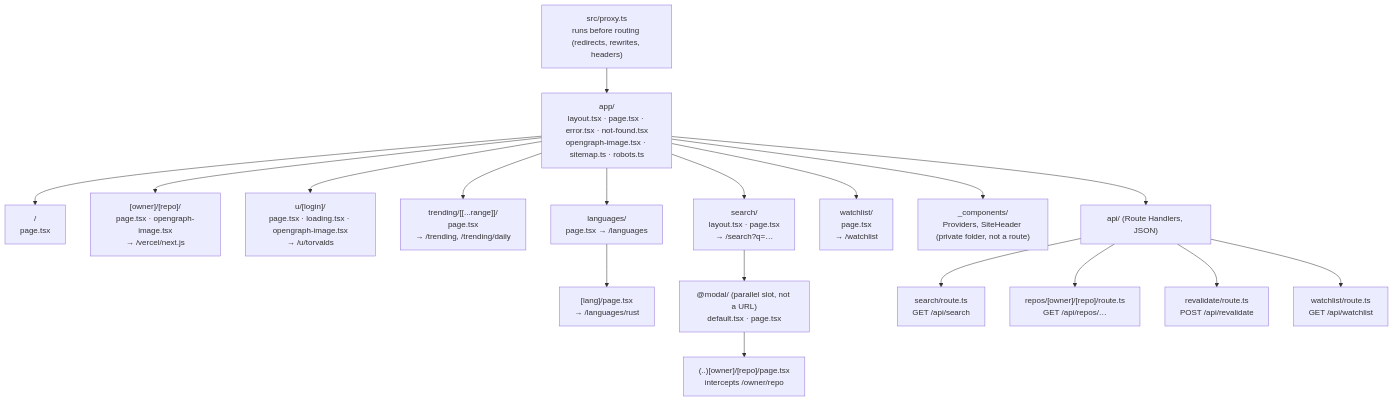
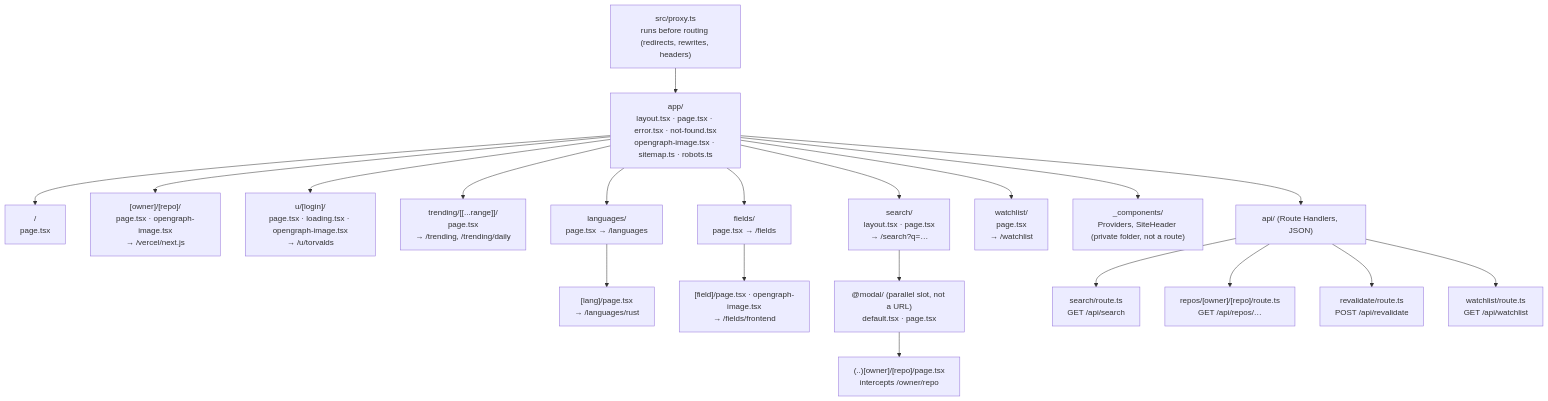
The third of 18 diagrams in docs/ARCHITECTURE.md (tarnishedMind/RepoRadar), drawn with Mermaid before and after one commit. The commit also changed other lines of this file and 26 other files, not shown here.

First line of the commit message:
M11: repos by field page

````diff
--- a/docs/ARCHITECTURE.md
+++ b/docs/ARCHITECTURE.md
@@ -83,22 +83,24 @@
 ```mermaid
 flowchart TD
   proxy["src/proxy.ts<br/>runs before routing (redirects, rewrites, headers)"]
   proxy --> root
   root["app/<br/>layout.tsx · page.tsx · error.tsx · not-found.tsx<br/>opengraph-image.tsx · sitemap.ts · robots.ts"]
   root --> home["/ <br/>page.tsx"]
   root --> repo["[owner]/[repo]/<br/>page.tsx · opengraph-image.tsx<br/>→ /vercel/next.js"]
   root --> user["u/[login]/<br/>page.tsx · loading.tsx · opengraph-image.tsx<br/>→ /u/torvalds"]
   root --> trending["trending/[[...range]]/<br/>page.tsx<br/>→ /trending, /trending/daily"]
   root --> langs["languages/<br/>page.tsx → /languages"]
   langs --> lang["[lang]/page.tsx<br/>→ /languages/rust"]
+  root --> fields["fields/<br/>page.tsx → /fields"]
+  fields --> field["[field]/page.tsx · opengraph-image.tsx<br/>→ /fields/frontend"]
   root --> search["search/<br/>layout.tsx · page.tsx<br/>→ /search?q=…"]
   search --> modal["@modal/ (parallel slot, not a URL)<br/>default.tsx · page.tsx"]
   modal --> intercept["(..)[owner]/[repo]/page.tsx<br/>intercepts /owner/repo"]
   root --> watch["watchlist/<br/>page.tsx<br/>→ /watchlist"]
   root --> comps["_components/<br/>Providers, SiteHeader (private folder, not a route)"]
   root --> api["api/ (Route Handlers, JSON)"]
   api --> apiSearch["search/route.ts<br/>GET /api/search"]
   api --> apiRepo["repos/[owner]/[repo]/route.ts<br/>GET /api/repos/…"]
   api --> apiReval["revalidate/route.ts<br/>POST /api/revalidate"]
   api --> apiWatch["watchlist/route.ts<br/>GET /api/watchlist"]
 ```
````
